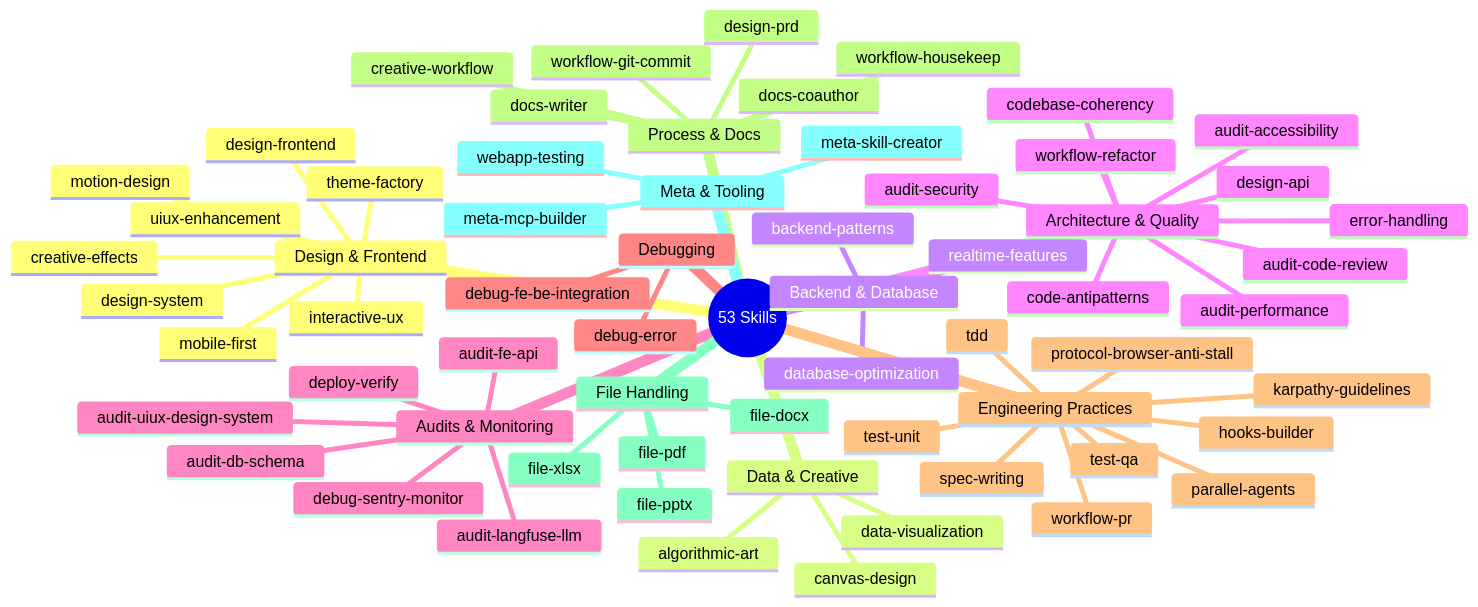
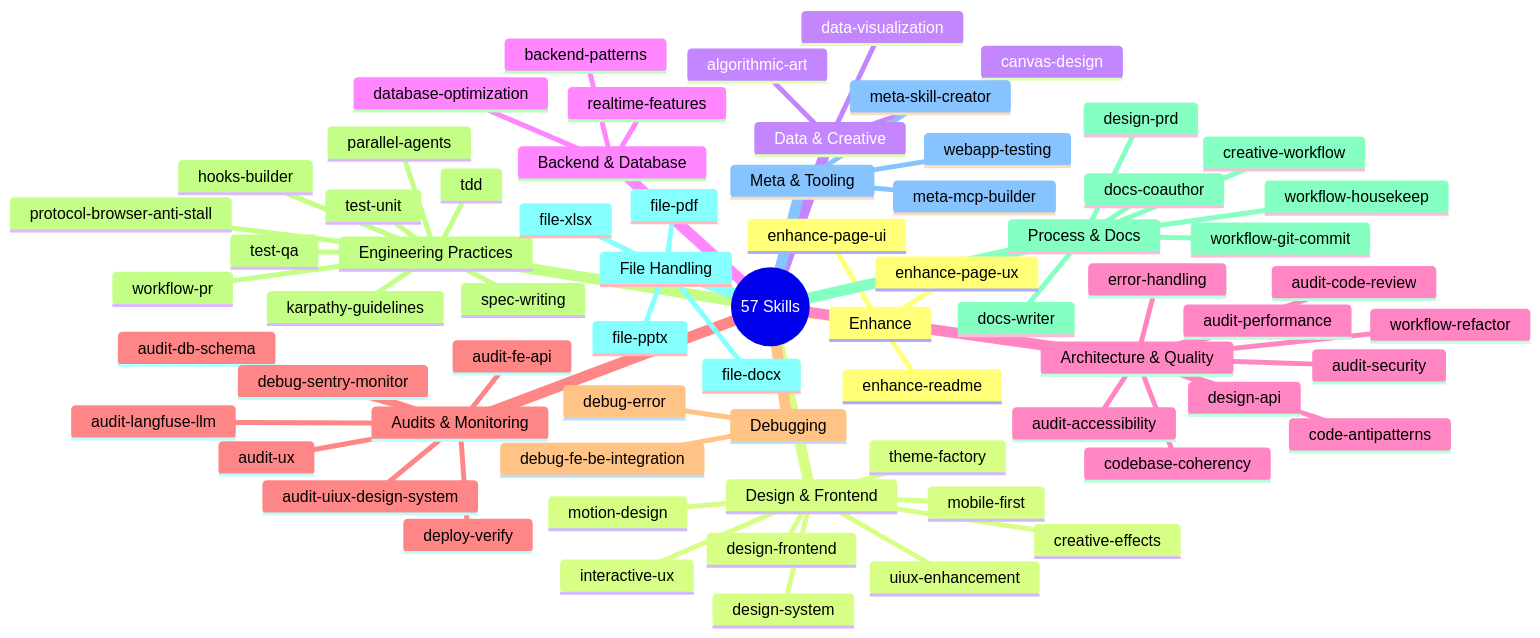
Before and after one commit to kensaurus/cursor-kenji: the seventh of 12 diagrams in README.md, drawn with Mermaid. The commit also changed other lines of this file and 28 other files, not shown here.

````diff
--- a/README.md
+++ b/README.md
@@ -313,67 +475,72 @@
 ```mermaid
 mindmap
-  root((53 Skills))
+  root((57 Skills))
+    Enhance
+      enhance-page-ui
+      enhance-page-ux
+      enhance-readme
     Design & Frontend
       design-frontend
       design-system
       motion-design
       creative-effects
       uiux-enhancement
       interactive-ux
       mobile-first
       theme-factory
     Data & Creative
       data-visualization
       algorithmic-art
       canvas-design
     Backend & Database
       backend-patterns
       database-optimization
       realtime-features
     Architecture & Quality
       design-api
       error-handling
       code-antipatterns
       audit-code-review
       codebase-coherency
       workflow-refactor
       audit-performance
       audit-security
       audit-accessibility
     Audits & Monitoring
       audit-db-schema
       audit-fe-api
       audit-langfuse-llm
       audit-uiux-design-system
+      audit-ux
       debug-sentry-monitor
       deploy-verify
     Debugging
       debug-error
       debug-fe-be-integration
     Engineering Practices
       tdd
       spec-writing
       parallel-agents
       hooks-builder
       karpathy-guidelines
       test-unit
       test-qa
       workflow-pr
       protocol-browser-anti-stall
     Process & Docs
       workflow-git-commit
       docs-coauthor
       docs-writer
       design-prd
       creative-workflow
       workflow-housekeep
     File Handling
       file-docx
       file-pdf
       file-pptx
       file-xlsx
     Meta & Tooling
       meta-skill-creator
       meta-mcp-builder
       webapp-testing
 ```
````
